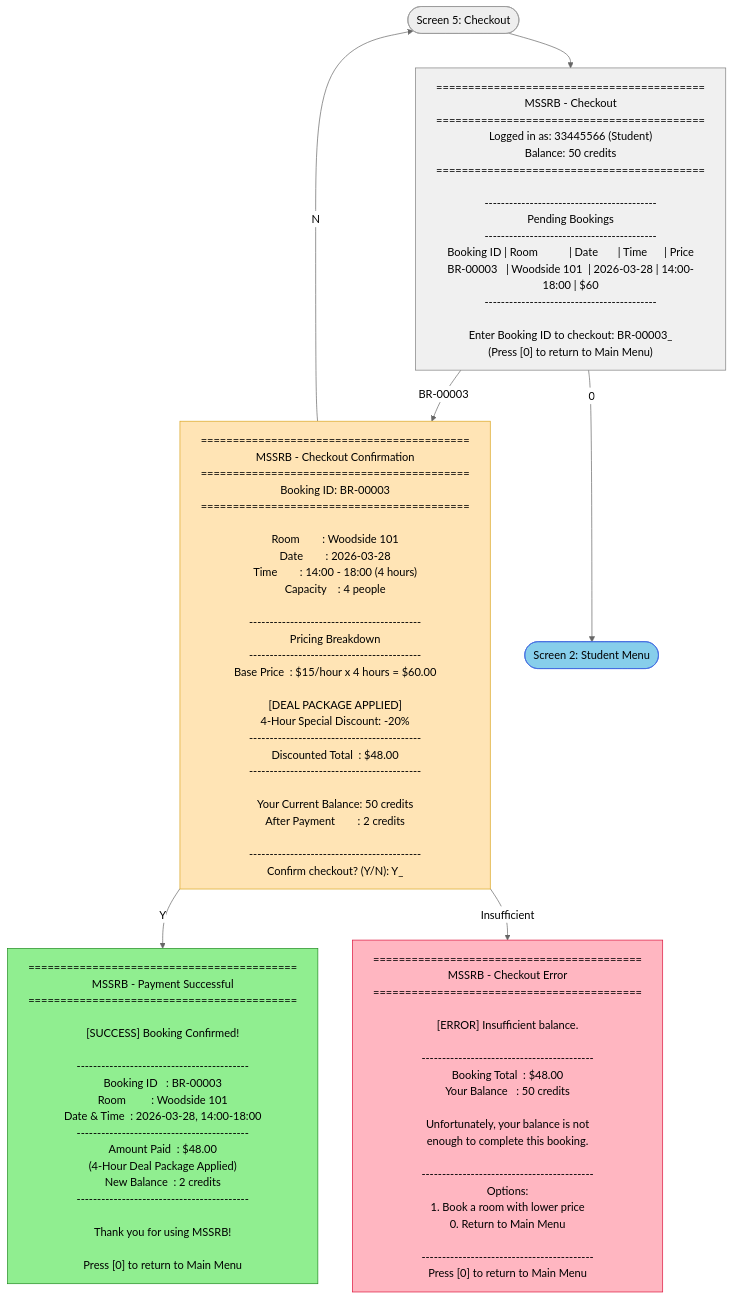
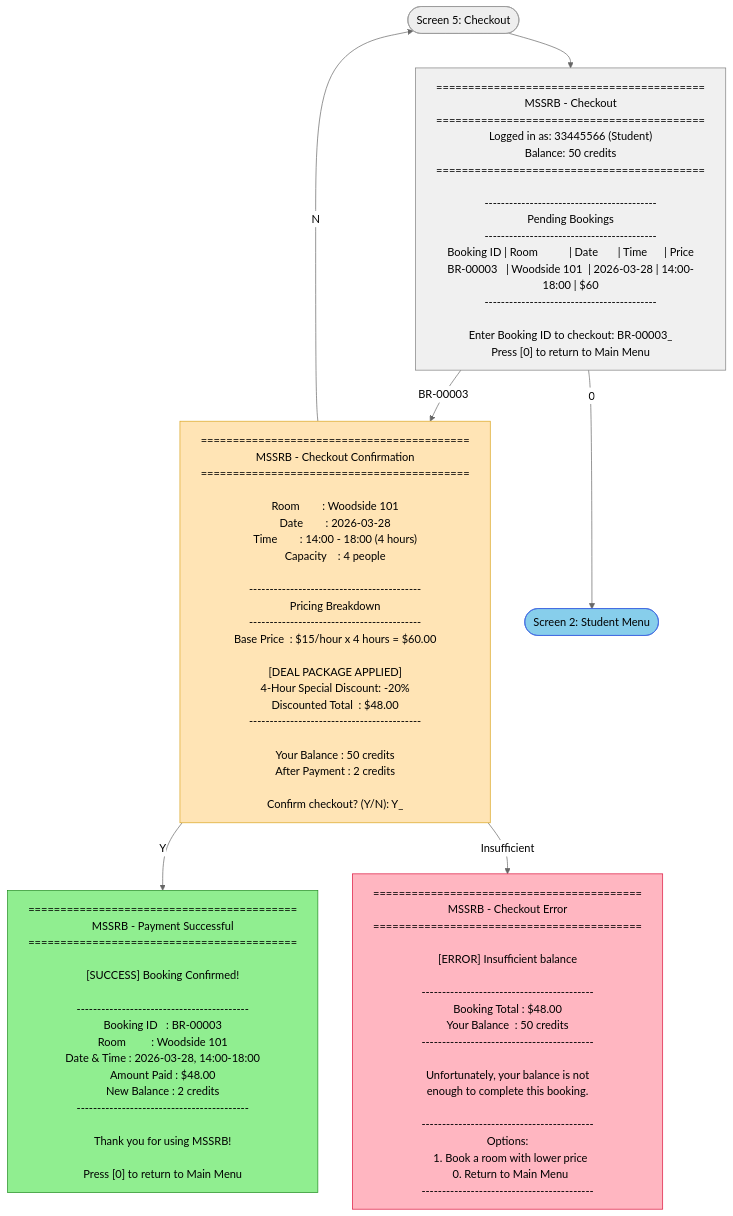
One commit to alii0110-monash/fit5136-study-room-booking changed the diagram in mermaid/member_a/05_checkout.flowchart.mmd. Above: the diagram before and after it, drawn with Mermaid (neutral theme). The commit also changed 9 other files, not shown here.

First line of the commit message:
Standardize Mermaid flowchart format and navigation

```diff
--- a/mermaid/member_a/05_checkout.flowchart.mmd
+++ b/mermaid/member_a/05_checkout.flowchart.mmd
@@ -1,111 +1,106 @@
 flowchart TB
     CHECKOUT(["Screen 5: Checkout"])
 
     C1["
 ==========================================
 MSSRB - Checkout
 ==========================================
 Logged in as: 33445566 (Student)
 Balance: 50 credits
 ==========================================
 
 ------------------------------------------
 Pending Bookings
 ------------------------------------------
 Booking ID | Room           | Date       | Time      | Price
 BR-00003   | Woodside 101  | 2026-03-28 | 14:00-18:00 | $60
 ------------------------------------------
 
 Enter Booking ID to checkout: BR-00003_
-(Press [0] to return to Main Menu)
+Press [0] to return to Main Menu
     "]
 
     C2["
 ==========================================
 MSSRB - Checkout Confirmation
-==========================================
-Booking ID: BR-00003
 ==========================================
 
 Room        : Woodside 101
 Date        : 2026-03-28
 Time        : 14:00 - 18:00 (4 hours)
 Capacity    : 4 people
 
 ------------------------------------------
 Pricing Breakdown
 ------------------------------------------
 Base Price  : $15/hour x 4 hours = $60.00
 
 [DEAL PACKAGE APPLIED]
 4-Hour Special Discount: -20%
-------------------------------------------
 Discounted Total  : $48.00
 ------------------------------------------
 
-Your Current Balance: 50 credits
-After Payment        : 2 credits
+Your Balance : 50 credits
+After Payment : 2 credits
 
-------------------------------------------
 Confirm checkout? (Y/N): Y_
     "]
 
     C3["
 ==========================================
 MSSRB - Payment Successful
 ==========================================
 
 [SUCCESS] Booking Confirmed!
 
 ------------------------------------------
 Booking ID   : BR-00003
 Room         : Woodside 101
-Date & Time  : 2026-03-28, 14:00-18:00
-------------------------------------------
-Amount Paid  : $48.00
-(4-Hour Deal Package Applied)
-New Balance  : 2 credits
+Date & Time : 2026-03-28, 14:00-18:00
+Amount Paid : $48.00
+New Balance : 2 credits
 ------------------------------------------
 
 Thank you for using MSSRB!
 
 Press [0] to return to Main Menu
     "]
 
     C4["
 ==========================================
 MSSRB - Checkout Error
 ==========================================
 
-[ERROR] Insufficient balance.
+[ERROR] Insufficient balance
 
 ------------------------------------------
-Booking Total  : $48.00
-Your Balance   : 50 credits
+Booking Total : $48.00
+Your Balance  : 50 credits
+------------------------------------------
 
 Unfortunately, your balance is not
 enough to complete this booking.
 
 ------------------------------------------
 Options:
-1. Book a room with lower price
-0. Return to Main Menu
+  1. Book a room with lower price
+  0. Return to Main Menu
+------------------------------------------
 
-------------------------------------------
-Press [0] to return to Main Menu
+
     "]
 
     STUDENT_MENU(["Screen 2: Student Menu"])
 
     CHECKOUT --> C1
     C1 -->|"BR-00003"| C2
     C1 -->|"0"| STUDENT_MENU
     C2 -->|"Y"| C3
     C2 -->|"N"| CHECKOUT
     C2 -->|"Insufficient"| C4
 
     style C1 fill:#F0F0F0,stroke:#808080
     style C2 fill:#FFE4B5,stroke:#DAA520
     style C3 fill:#90EE90,stroke:#228B22
     style C4 fill:#FFB6C1,stroke:#DC143C
     style STUDENT_MENU fill:#87CEEB,stroke:#4169E1
```
